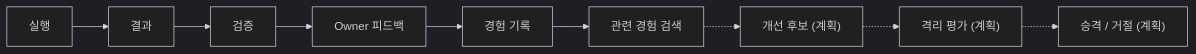
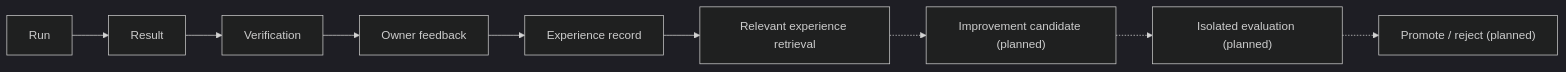
One commit to rhkralsrb0820/ax-branch changed the fifth of 5 diagrams in README.md. Above: the diagram before and after it, drawn with Mermaid (dark theme). The commit also changed other lines of this file, not shown here.

````diff
--- a/README.md
+++ b/README.md
@@ -163,5 +163,5 @@
 ```mermaid
 flowchart LR
-    E1["실행"] --> E2["결과"] --> E3["검증"] --> E4["Owner 피드백"] --> E5["경험 기록"] --> E6["관련 경험 검색"]
-    E6 -.-> P1["개선 후보 (계획)"] -.-> P2["격리 평가 (계획)"] -.-> P3["승격 / 거절 (계획)"]
+    E1["Run"] --> E2["Result"] --> E3["Verification"] --> E4["Owner feedback"] --> E5["Experience record"] --> E6["Relevant experience retrieval"]
+    E6 -.-> P1["Improvement candidate (planned)"] -.-> P2["Isolated evaluation (planned)"] -.-> P3["Promote / reject (planned)"]
 ```
````
